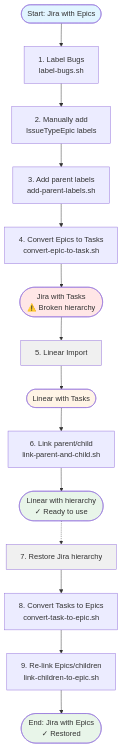
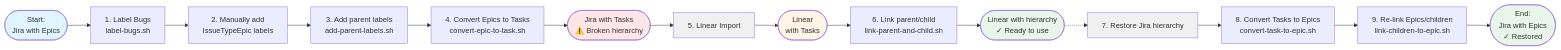
One commit to keboola/linear-migration-tools changed the diagram in README.md. Above: the diagram before and after it, drawn with Mermaid.

Commit message:
Update migration diagram to use left-right flow

````diff
--- a/README.md
+++ b/README.md
@@ -19,24 +19,24 @@
 ```mermaid
-graph TB
-    Start([Start: Jira with Epics]) --> Step1[1. Label Bugs<br/>label-bugs.sh]
+graph LR
+    Start([Start:<br/>Jira with Epics]) --> Step1[1. Label Bugs<br/>label-bugs.sh]
     Step1 --> Step2[2. Manually add<br/>IssueTypeEpic labels]
     Step2 --> Step3[3. Add parent labels<br/>add-parent-labels.sh]
     Step3 --> Step4[4. Convert Epics to Tasks<br/>convert-epic-to-task.sh]
     Step4 --> BrokenJira([Jira with Tasks<br/>⚠️ Broken hierarchy])
     BrokenJira --> Step5[5. Linear Import]
-    Step5 --> Linear([Linear with Tasks])
+    Step5 --> Linear([Linear<br/>with Tasks])
     Linear --> Step6[6. Link parent/child<br/>link-parent-and-child.sh]
     Step6 --> LinearDone([Linear with hierarchy<br/>✓ Ready to use])
     LinearDone -.-> Step7[7. Restore Jira hierarchy]
     Step7 --> Step8[8. Convert Tasks to Epics<br/>convert-task-to-epic.sh]
     Step8 --> Step9[9. Re-link Epics/children<br/>link-children-to-epic.sh]
-    Step9 --> End([End: Jira with Epics<br/>✓ Restored])
+    Step9 --> End([End:<br/>Jira with Epics<br/>✓ Restored])
 
     style Start fill:#e1f5ff
     style BrokenJira fill:#ffe6e6
     style Linear fill:#fff4e6
     style LinearDone fill:#e8f5e9
     style End fill:#e8f5e9
     style Step5 fill:#f0f0f0
     style Step7 fill:#f0f0f0
 ```
````
